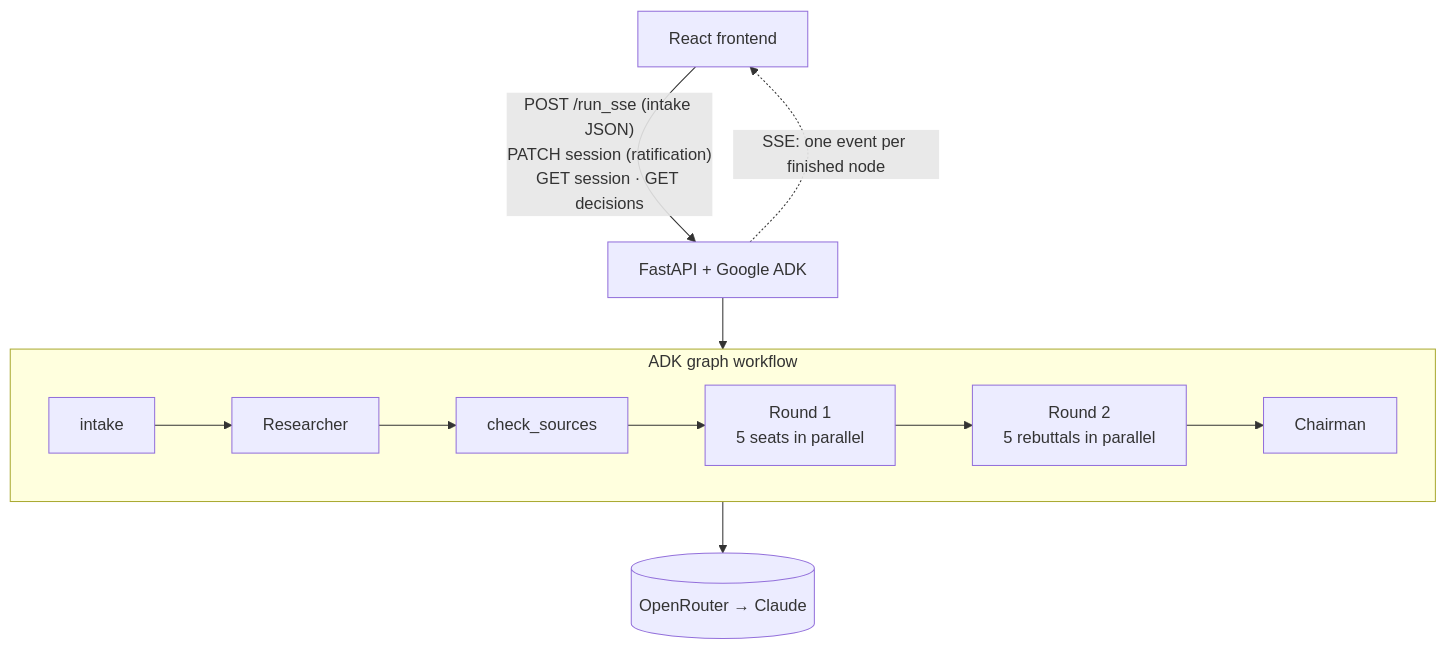
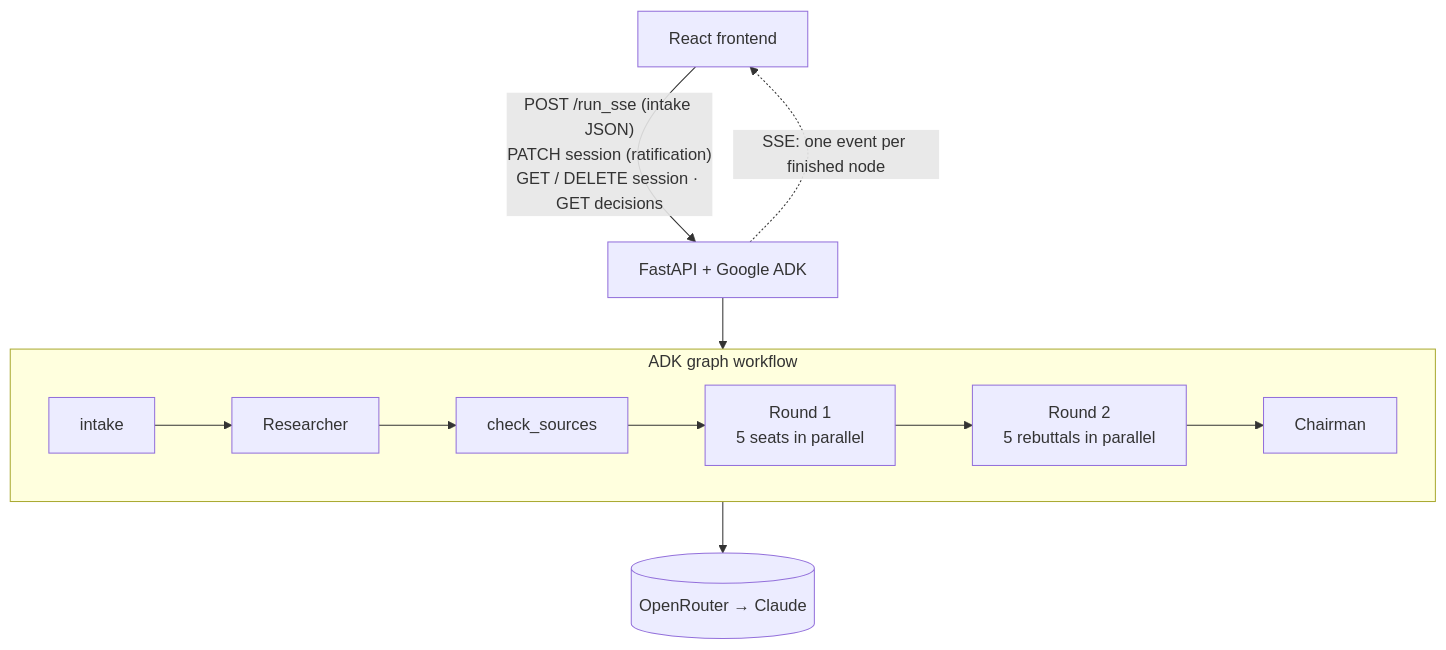
Before and after one commit to killerfrost22/crucible: the diagram in README.md, drawn with Mermaid. The commit also changed other lines of this file and 36 other files, not shown here.

````diff
--- a/README.md
+++ b/README.md
@@ -49,13 +49,13 @@
 ```mermaid
 flowchart TB
   UI["React frontend"]
   API["FastAPI + Google ADK"]
-  UI -- "POST /run_sse (intake JSON)<br>PATCH session (ratification)<br>GET session · GET decisions" --> API
+  UI -- "POST /run_sse (intake JSON)<br>PATCH session (ratification)<br>GET / DELETE session · GET decisions" --> API
   API -. "SSE: one event per finished node" .-> UI
   API --> W
   subgraph W["ADK graph workflow"]
     direction LR
     I[intake] --> R[Researcher] --> S[check_sources] --> R1["Round 1<br>5 seats in parallel"] --> R2["Round 2<br>5 rebuttals in parallel"] --> C[Chairman]
   end
   W --> LLM[("OpenRouter → Claude")]
 ```
````
